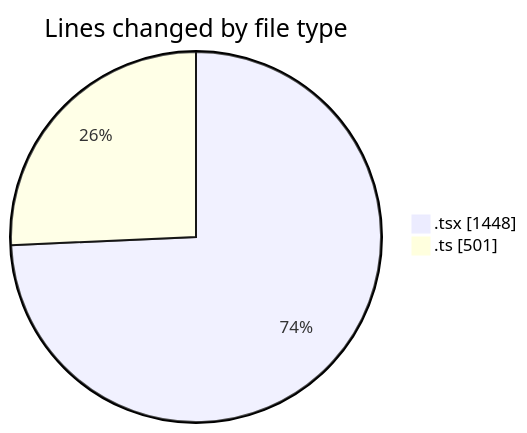
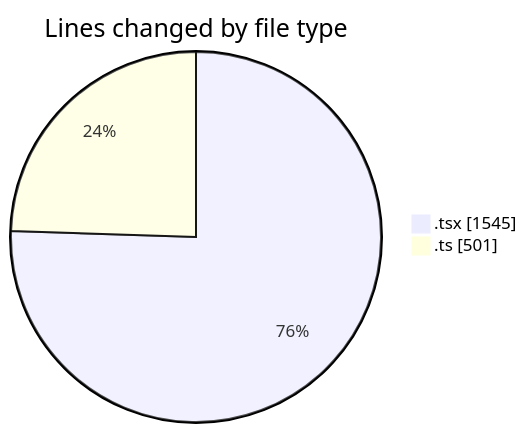
The first of 2 diagrams in 2025-05-20/mbc-web/README.md (robertbonfada/code-tracking), drawn with Mermaid before and after one commit. The commit also changed other lines of this file and 1 other file, not shown here.

````diff
--- a/2025-05-20/mbc-web/README.md
+++ b/2025-05-20/mbc-web/README.md
@@ -27,6 +27,6 @@
 ```mermaid
 pie showData
 title Lines changed by file type
-".tsx" : 1448
+".tsx" : 1545
 ".ts" : 501
 ```
````
